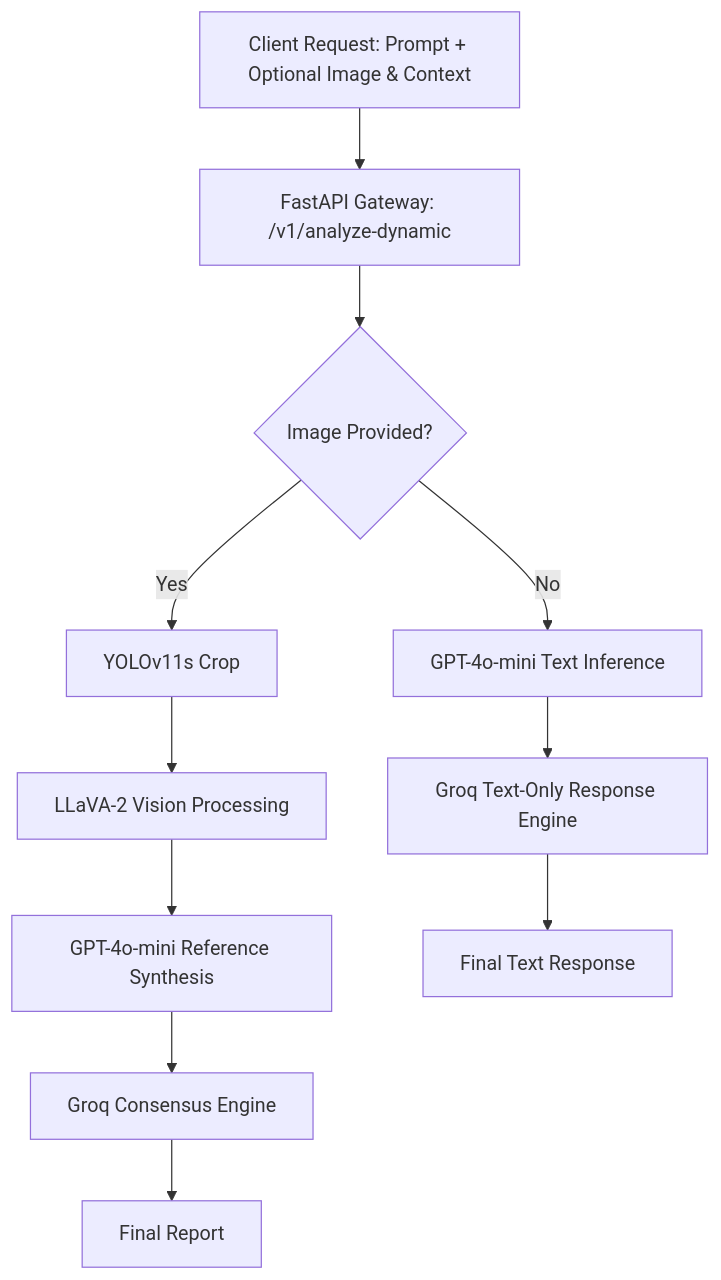
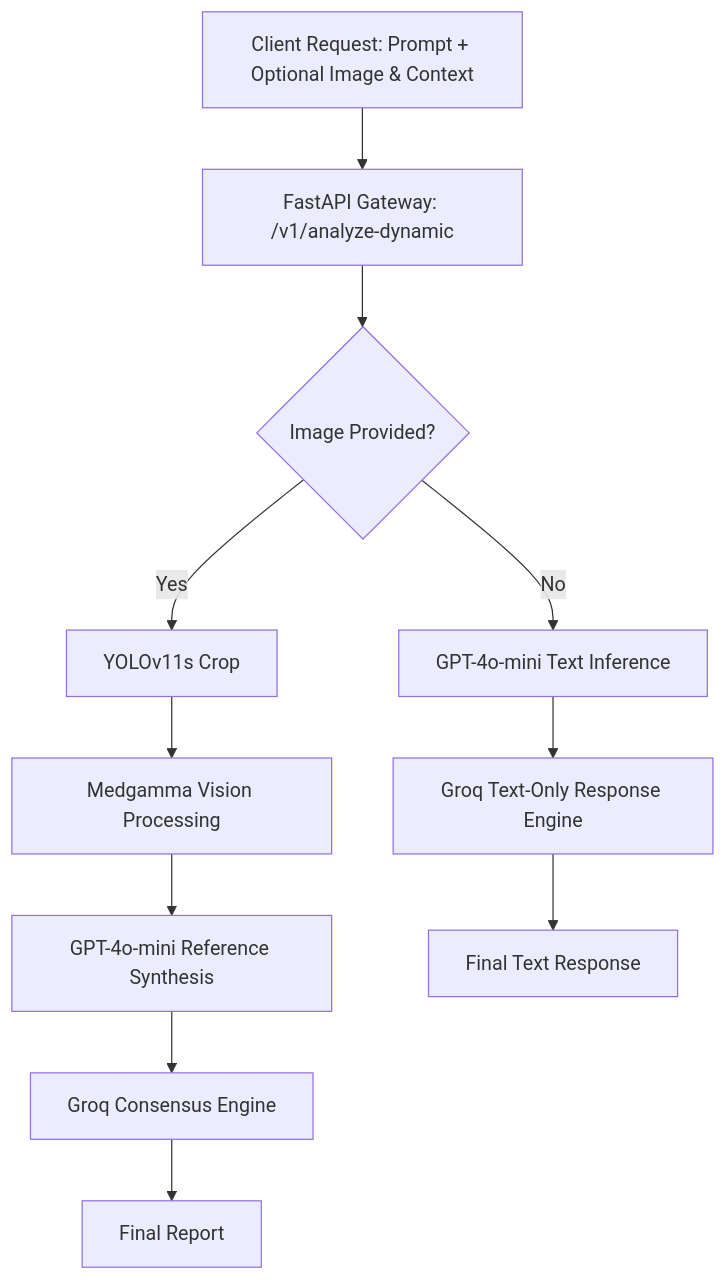
Before and after one commit to Asad939asad/LifeLine.ai-: the second of 2 diagrams in README.md, drawn with Mermaid. The commit also changed other lines of this file, not shown here.

````diff
--- a/README.md
+++ b/README.md
@@ -70,14 +57,14 @@
 ```mermaid
 flowchart TD
     A[Client Request: Prompt + Optional Image & Context] --> B[FastAPI Gateway: /v1/analyze-dynamic]
     B --> C{Image Provided?}
     C -- Yes --> D[YOLOv11s Crop]
-    D --> E[LLaVA-2 Vision Processing]
+    D --> E[Medgamma Vision Processing]
     E --> F[GPT-4o-mini Reference Synthesis]
     F --> G[Groq Consensus Engine]
     G --> H[Final Report]
     
     C -- No --> I[GPT-4o-mini Text Inference]
     I --> J[Groq Text-Only Response Engine]
     J --> K[Final Text Response]
 ```
````
